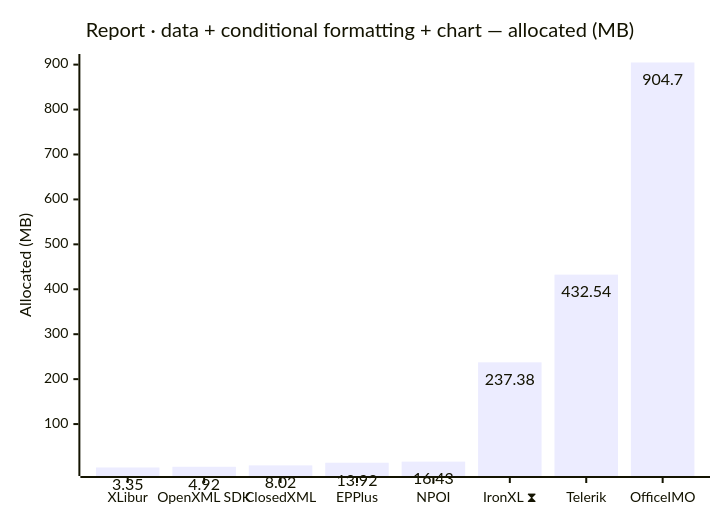
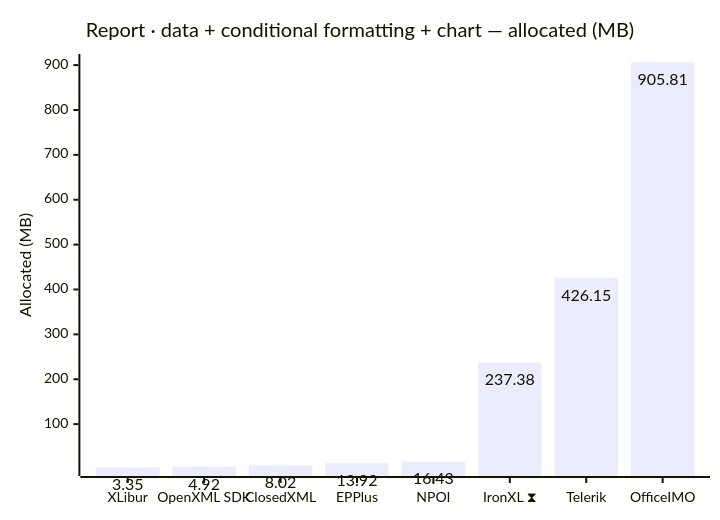
The eighth of 12 diagrams in docs/results.md (jafin/XLBench), drawn with Mermaid before and after one commit. The commit also changed other lines of this file and 7 other files, not shown here.

````diff
--- a/docs/results.md
+++ b/docs/results.md
@@ -133,12 +133,12 @@
 ```mermaid
 ---
 config:
   xyChart:
     showDataLabel: true
 ---
 xychart-beta
     title "Report · data + conditional formatting + chart — allocated (MB)"
     x-axis ["XLibur", "OpenXML SDK", "ClosedXML", "EPPlus", "NPOI", "IronXL ⧗", "Telerik", "OfficeIMO"]
     y-axis "Allocated (MB)"
-    bar [3.35, 4.92, 8.02, 13.92, 16.43, 237.38, 432.54, 904.7]
+    bar [3.35, 4.92, 8.02, 13.92, 16.43, 237.38, 426.15, 905.81]
 ```
````
